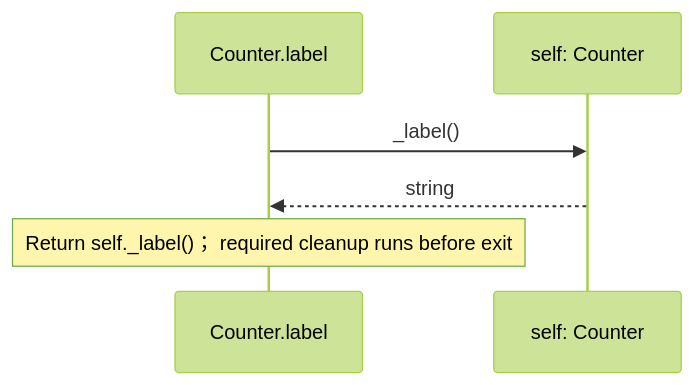
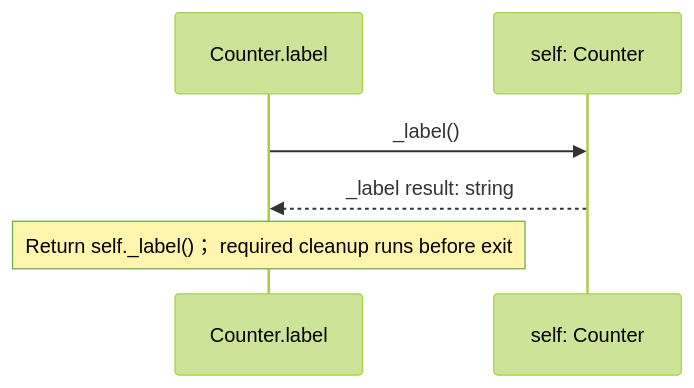
The third of 3 diagrams in docs/examples/visibility/counter-diagrams.md (GreenPandaStudios/augscript), drawn with Mermaid (forest theme) before and after one commit. The commit also changed other lines of this file and 304 other files, not shown here.

Commit message:
Make generated data-flow sequences concise and review every diagram

````diff
--- a/docs/examples/visibility/counter-diagrams.md
+++ b/docs/examples/visibility/counter-diagrams.md
@@ -83,8 +70,8 @@
 ```mermaid
 sequenceDiagram
     participant p0 as Counter.label
     participant p1 as self: Counter
     p0->>p1: _label()
-    p1-->>p0: string
+    p1-->>p0: _label result: string
     Note over p0: Return self._label()； required cleanup runs before exit
 ```
````
